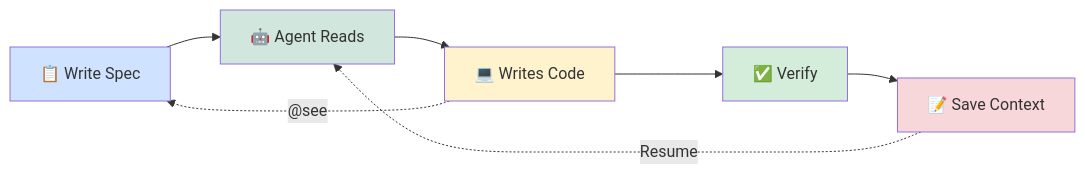
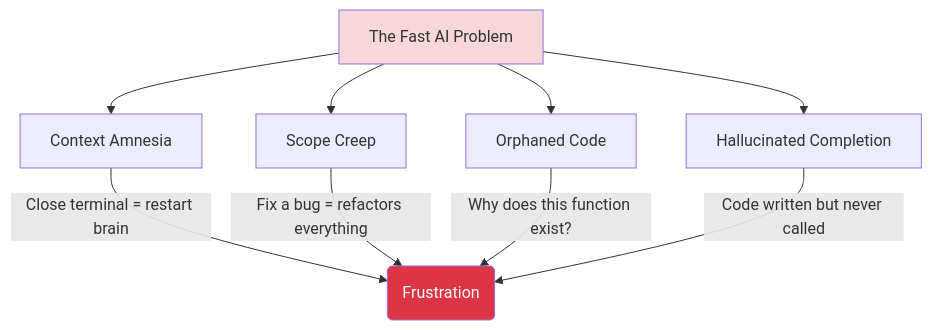
The second of 10 diagrams in README.md (rixrix/afx), drawn with Mermaid before and after one commit. The commit also changed other lines of this file and 9 other files, not shown here.

````diff
--- a/README.md
+++ b/README.md
@@ -18,16 +48,15 @@
 ```mermaid
-graph LR
-    A[📋 Write Spec] --> B[🤖 Agent Reads]
-    B --> C[💻 Writes Code]
-    C --> D[✅ Verify]
-    D --> E[📝 Save Context]
-
-    E -.Resume.-> B
-    C -.@see.-> A
-
-    style A fill:#cfe2ff
-    style B fill:#d1e7dd
-    style C fill:#fff3cd
-    style D fill:#d4edda
-    style E fill:#f8d7da
+graph TD
+    A[The Fast AI Problem] --> B[Context Amnesia]
+    A --> C[Scope Creep]
+    A --> D[Orphaned Code]
+    A --> E[Hallucinated Completion]
+    
+    B -->|Close terminal = restart brain| F(Frustration)
+    C -->|Fix a bug = refactors everything| F
+    D -->|Why does this function exist?| F
+    E -->|Code written but never called| F
+    
+    style A fill:#f8d7da
+    style F fill:#dc3545,color:white
 ```
````
